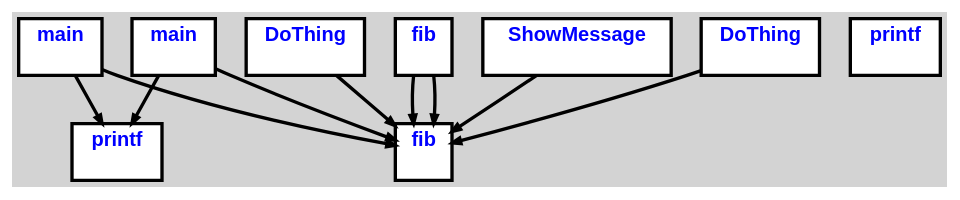
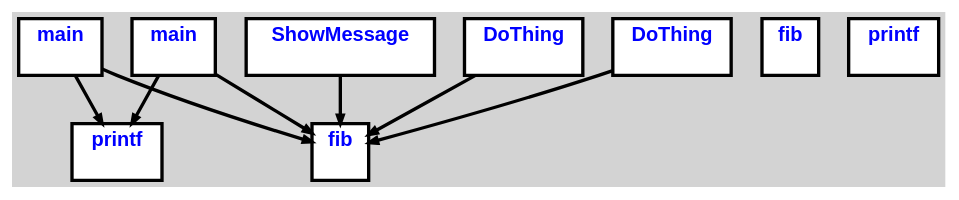
One commit to aveen007/CountingMonkeys changed the diagram in cpoCompilerWin/CG.all.dot. Above: the diagram before and after it, drawn with Graphviz. The commit also changed 14 other files, not shown here.

```diff
--- a/cpoCompilerWin/CG.all.dot
+++ b/cpoCompilerWin/CG.all.dot
@@ -1,26 +1,24 @@
 digraph G {
 ordering=out;
 ranksep=.4;
 bgcolor="lightgrey";  node [shape=box, fixedsize=false, fontsize=12, fontname="Helvetica-bold", fontcolor="blue"
 width=.25, height=.25, color="black", fillcolor="white", style="filled, solid, bold"];
 
 edge [arrowsize=.5, color="black", style="bold"]
-    n000011613CBA1E20 [label="fib\n "]
-    n000011613CBA2240 [label="printf\n "]
-    n000011613CBA24E0 [label="main\n "]
-    n000011613CBA24E0 -> n000011613CBA2240
-    n000011613CBA24E0 -> n000011613CBA1E20
-    n000011613CBA2B40 [label="ShowMessage\n "]
-    n000011613CBA2B40 -> n000011613CBA1E20
-    n000011613CBA2F00 [label="DoThing\n "]
-    n000011613CBA2F00 -> n000011613CBA1E20
-    n000011613CBA3320 [label="DoThing\n "]
-    n000011613CBA3320 -> n000011613CBA1E20
-    n000011613CBA3620 [label="fib\n "]
-    n000011613CBA3620 -> n000011613CBA1E20
-    n000011613CBA3620 -> n000011613CBA1E20
-    n000011613CBA40A0 [label="printf\n "]
-    n000011613CBA5540 [label="main\n "]
-    n000011613CBA5540 -> n000011613CBA2240
-    n000011613CBA5540 -> n000011613CBA1E20
+    n000011E17F421E20 [label="fib\n "]
+    n000011E17F422240 [label="printf\n "]
+    n000011E17F4224E0 [label="main\n "]
+    n000011E17F4224E0 -> n000011E17F422240
+    n000011E17F4224E0 -> n000011E17F421E20
+    n000011E17F422B40 [label="ShowMessage\n "]
+    n000011E17F422B40 -> n000011E17F421E20
+    n000011E17F422F00 [label="DoThing\n "]
+    n000011E17F422F00 -> n000011E17F421E20
+    n000011E17F423320 [label="DoThing\n "]
+    n000011E17F423320 -> n000011E17F421E20
+    n000011E17F423620 [label="fib\n "]
+    n000011E17F423DA0 [label="printf\n "]
+    n000011E17F425240 [label="main\n "]
+    n000011E17F425240 -> n000011E17F422240
+    n000011E17F425240 -> n000011E17F421E20
 }
```
